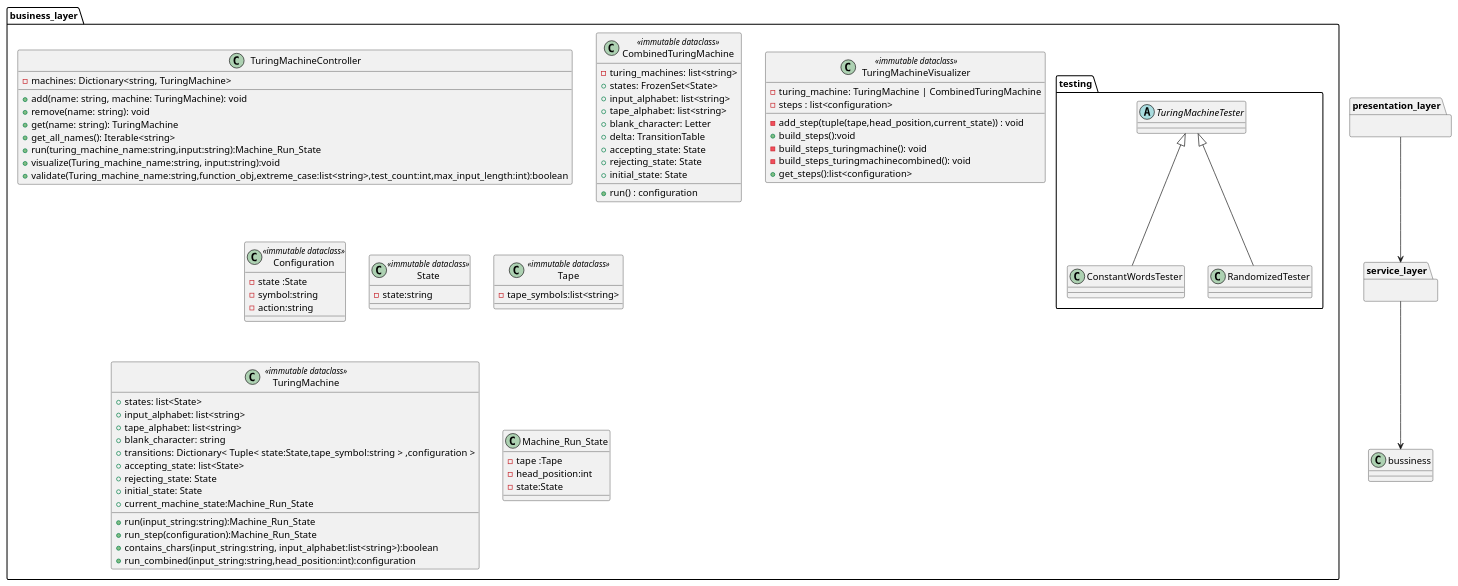
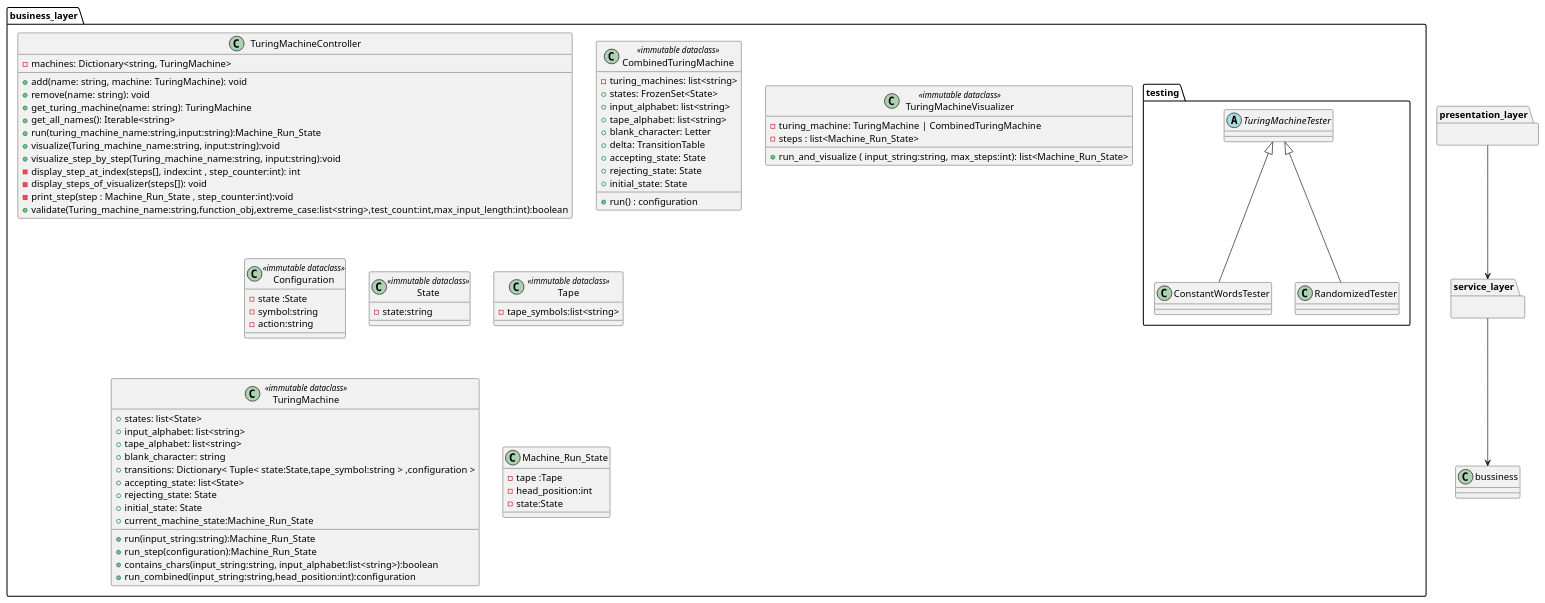
The diagram in docs/uml/bussiness_layer.puml (Turing-Machine-Tutor/Turing-Machine-Tutor), drawn with PlantUML before and after one commit.

Commit message:
updated UML

```diff
--- a/docs/uml/bussiness_layer.puml
+++ b/docs/uml/bussiness_layer.puml
@@ -1,115 +1,115 @@
 @startuml
 
 
 
 package business_layer {
     class TuringMachineController {
         - machines: Dictionary<string, TuringMachine>
 
         + add(name: string, machine: TuringMachine): void
         + remove(name: string): void
-        + get(name: string): TuringMachine
+        + get_turing_machine(name: string): TuringMachine
         + get_all_names(): Iterable<string>
         + run(turing_machine_name:string,input:string):Machine_Run_State
         +visualize(Turing_machine_name:string, input:string):void
+        +visualize_step_by_step(Turing_machine_name:string, input:string):void
+        -display_step_at_index(steps[], index:int , step_counter:int): int
+        -display_steps_of_visualizer(steps[]): void
+        -print_step(step : Machine_Run_State , step_counter:int):void
         +validate(Turing_machine_name:string,function_obj,extreme_case:list<string>,test_count:int,max_input_length:int):boolean
 
     }
 
 
  class CombinedTuringMachine <<immutable dataclass>> {
         -turing_machines: list<string>
         +run() : configuration
         + states: FrozenSet<State>
         + input_alphabet: list<string>
         + tape_alphabet: list<string>
         + blank_character: Letter
         + delta: TransitionTable
         + accepting_state: State
         + rejecting_state: State
         + initial_state: State
 
     }
 
 
      class TuringMachineVisualizer <<immutable dataclass>> {
         -turing_machine: TuringMachine | CombinedTuringMachine
-        -steps : list<configuration>
-        -add_step(tuple(tape,head_position,current_state)) : void
-        +build_steps():void
-        -build_steps_turingmachine(): void
-        -build_steps_turingmachinecombined(): void
-        +get_steps():list<configuration>
+        -steps : list<Machine_Run_State>
+        +run_and_visualize ( input_string:string, max_steps:int): list<Machine_Run_State>
     }
 
     class Configuration <<immutable dataclass>> {
          -state :State
         -symbol:string
         -action:string
     }
 
        class State <<immutable dataclass>> {
         -state:string
     }
 
       class Tape <<immutable dataclass>> {
         -tape_symbols:list<string>
     }
 
     class TuringMachine <<immutable dataclass>> {
         + states: list<State>
         + input_alphabet: list<string>
         + tape_alphabet: list<string>
         + blank_character: string
         + transitions: Dictionary< Tuple< state:State,tape_symbol:string > ,configuration >
         + accepting_state: list<State>
         + rejecting_state: State
         + initial_state: State
         +current_machine_state:Machine_Run_State
         +run(input_string:string):Machine_Run_State
         +run_step(configuration):Machine_Run_State
         +contains_chars(input_string:string, input_alphabet:list<string>):boolean
         +run_combined(input_string:string,head_position:int):configuration
 
     }
 
     class Machine_Run_State {
        -tape :Tape
        -head_position:int
        -state:State
     }
 
 
 
 package testing {
     abstract class TuringMachineTester {
 
     }
 
     class ConstantWordsTester {
 
     }
 
     class RandomizedTester {
 
     }
 
     ConstantWordsTester -u-|> TuringMachineTester
     RandomizedTester -u-|> TuringMachineTester
 
     }
 }
 
 
 package service_layer {
 
 }
 
 package presentation_layer {
 
 }
 
 service_layer -d-> bussiness
 presentation_layer -d-> service_layer
 
 @enduml
```
